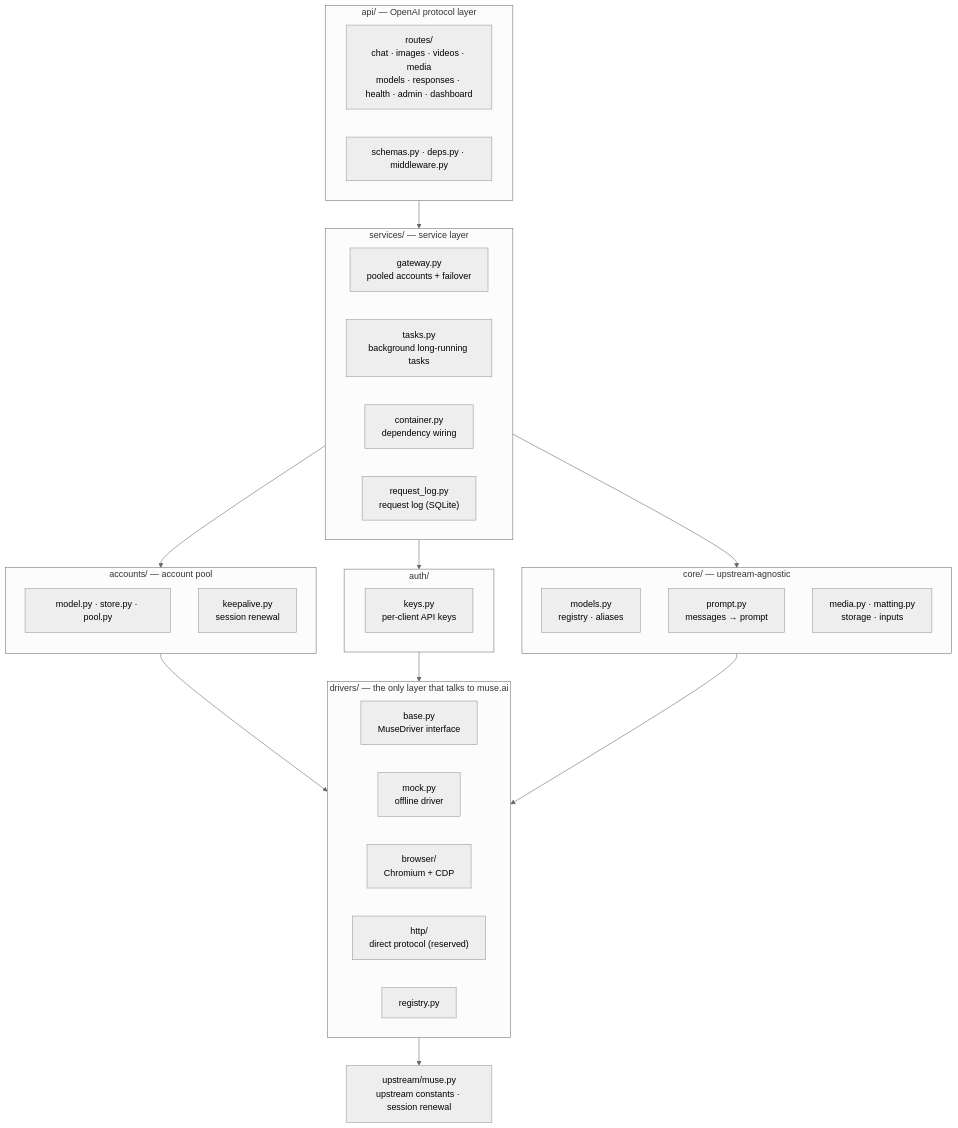
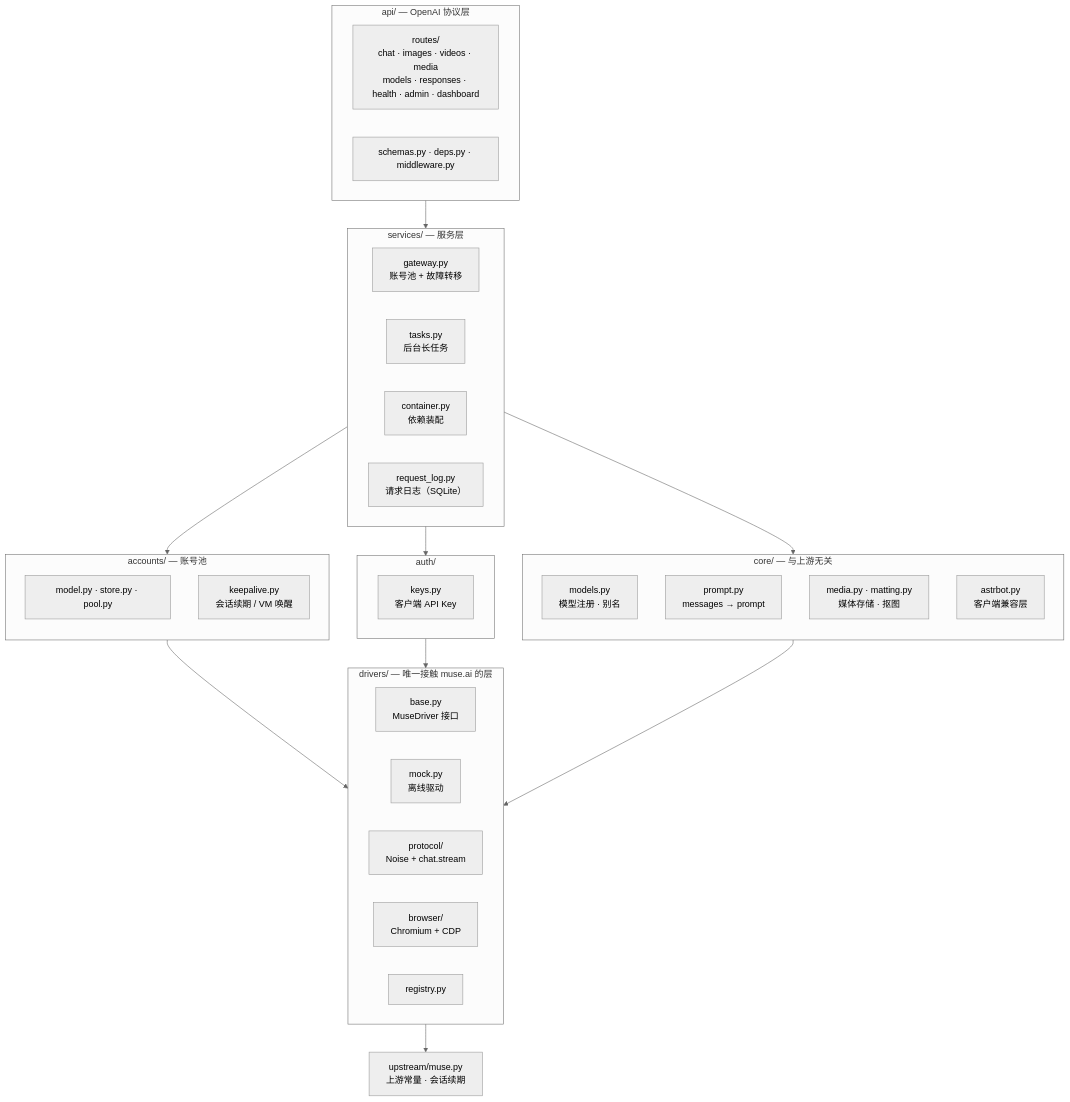
Before and after one commit to yonglanws/muse2api: the diagram in docs/ARCHITECTURE.md, drawn with Mermaid (neutral theme). The commit also changed other lines of this file and 19 other files, not shown here.

First line of the commit message:
feat: reposition as general muse.ai web gateway with Chinese console

````diff
--- a/docs/ARCHITECTURE.md
+++ b/docs/ARCHITECTURE.md
@@ -5,49 +5,50 @@
 ```mermaid
 flowchart TB
-    subgraph api["api/ — OpenAI protocol layer"]
+    subgraph api["api/ — OpenAI 协议层"]
         direction LR
         api_routes["routes/<br/>chat · images · videos · media<br/>models · responses · health · admin · dashboard"]
         api_support["schemas.py · deps.py · middleware.py"]
     end
 
-    subgraph services["services/ — service layer"]
+    subgraph services["services/ — 服务层"]
         direction LR
-        svc_gateway["gateway.py<br/>pooled accounts + failover"]
-        svc_tasks["tasks.py<br/>background long-running tasks"]
-        svc_container["container.py<br/>dependency wiring"]
-        svc_reqlog["request_log.py<br/>request log (SQLite)"]
+        svc_gateway["gateway.py<br/>账号池 + 故障转移"]
+        svc_tasks["tasks.py<br/>后台长任务"]
+        svc_container["container.py<br/>依赖装配"]
+        svc_reqlog["request_log.py<br/>请求日志（SQLite）"]
     end
 
-    subgraph accounts["accounts/ — account pool"]
+    subgraph accounts["accounts/ — 账号池"]
         direction TB
         acc_pool["model.py · store.py · pool.py"]
-        acc_keepalive["keepalive.py<br/>session renewal"]
+        acc_keepalive["keepalive.py<br/>会话续期 / VM 唤醒"]
     end
 
     subgraph auth["auth/"]
-        auth_keys["keys.py<br/>per-client API keys"]
+        auth_keys["keys.py<br/>客户端 API Key"]
     end
 
-    subgraph core["core/ — upstream-agnostic"]
+    subgraph core["core/ — 与上游无关"]
         direction TB
-        core_models["models.py<br/>registry · aliases"]
+        core_models["models.py<br/>模型注册 · 别名"]
         core_prompt["prompt.py<br/>messages → prompt"]
-        core_media["media.py · matting.py<br/>storage · inputs"]
+        core_media["media.py · matting.py<br/>媒体存储 · 抠图"]
+        core_compat["astrbot.py<br/>客户端兼容层"]
     end
 
-    subgraph drivers["drivers/ — the only layer that talks to muse.ai"]
+    subgraph drivers["drivers/ — 唯一接触 muse.ai 的层"]
         direction LR
-        drv_base["base.py<br/>MuseDriver interface"]
-        drv_mock["mock.py<br/>offline driver"]
+        drv_base["base.py<br/>MuseDriver 接口"]
+        drv_mock["mock.py<br/>离线驱动"]
+        drv_protocol["protocol/<br/>Noise + chat.stream"]
         drv_browser["browser/<br/>Chromium + CDP"]
-        drv_http["http/<br/>direct protocol (reserved)"]
         drv_registry["registry.py"]
     end
 
-    upstream["upstream/muse.py<br/>upstream constants · session renewal"]
+    upstream["upstream/muse.py<br/>上游常量 · 会话续期"]
 
     api --> services
     services --> accounts & auth & core
     accounts & auth & core --> drivers
     drivers --> upstream
 ```
````
